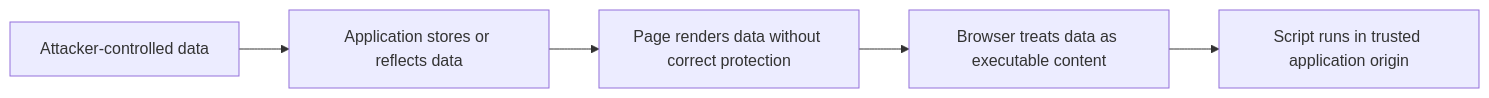
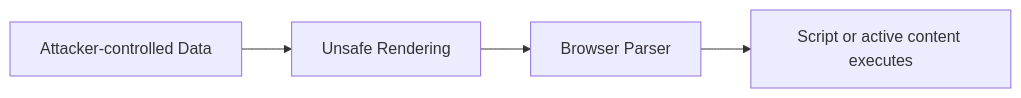
The third of 6 diagrams in src/content/security/sql-injection-xss-csrf.md (AvadhBhalodiya/Interview-Preparation), drawn with Mermaid before and after one commit. The commit also changed other lines of this file and 54 other files, not shown here.

````diff
--- a/src/content/security/sql-injection-xss-csrf.md
+++ b/src/content/security/sql-injection-xss-csrf.md
@@ -574,7 +149,6 @@
 ```mermaid
 flowchart LR
-    A[Attacker-controlled data] --> B[Application stores or reflects data]
-    B --> C[Page renders data without correct protection]
-    C --> D[Browser treats data as executable content]
-    D --> E[Script runs in trusted application origin]
+    A[Attacker-controlled Data] --> B[Unsafe Rendering]
+    B --> C[Browser Parser]
+    C --> D[Script or active content executes]
 ```
````
